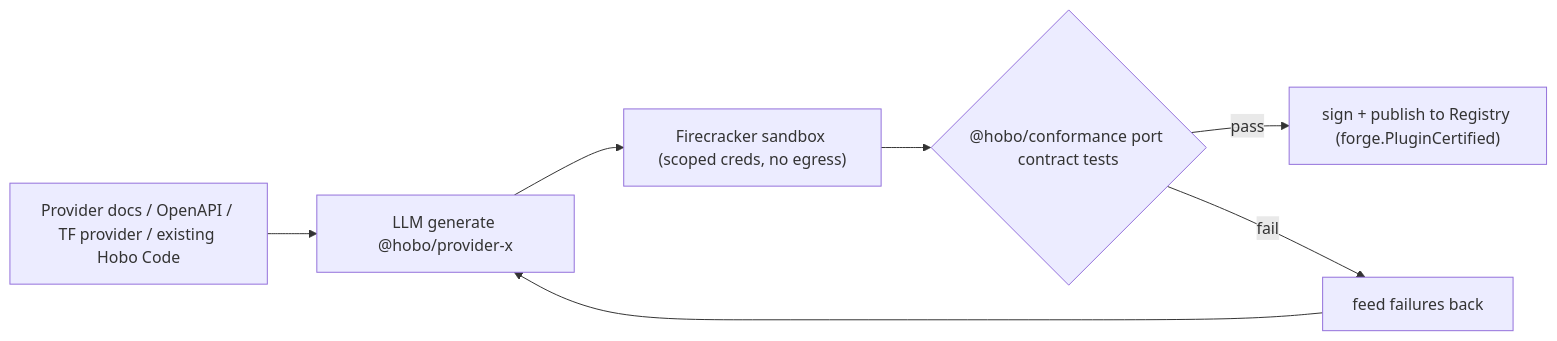
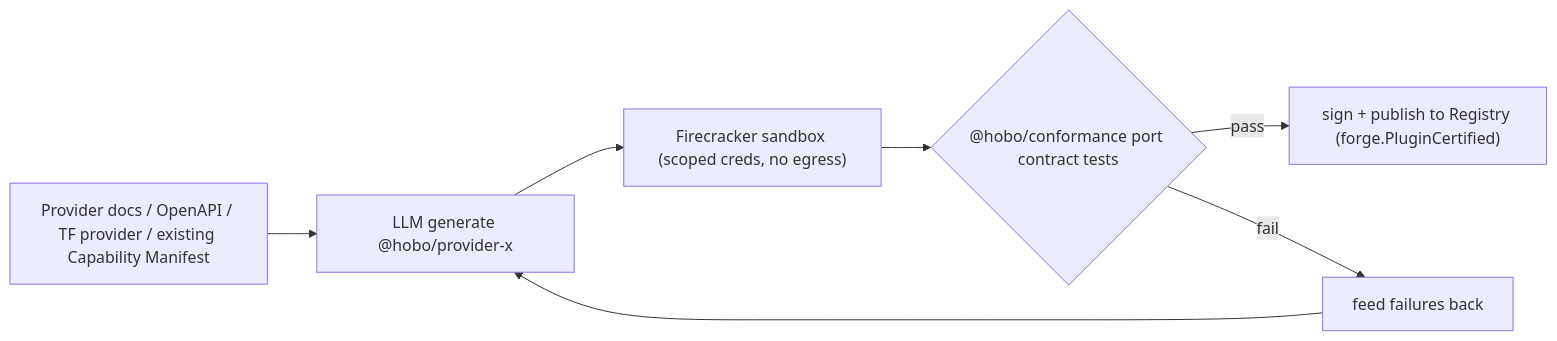
The second of 2 diagrams in docs/design/06-ai-native-agent-auth.md (Tyler-R-Kendrick/HoBo), drawn with Mermaid before and after one commit. The commit also changed other lines of this file and 70 other files, not shown here.

First line of the commit message:
docs(design): purge "worlds", rename Circuit→Junction, reserve "Hobo Code" for a DSL

````diff
--- a/docs/design/06-ai-native-agent-auth.md
+++ b/docs/design/06-ai-native-agent-auth.md
@@ -145,9 +145,9 @@
 ```mermaid
 flowchart LR
-  SRC["Provider docs / OpenAPI / TF provider / existing Hobo Code"] --> GEN["LLM generate @hobo/provider-x"]
+  SRC["Provider docs / OpenAPI / TF provider / existing Capability Manifest"] --> GEN["LLM generate @hobo/provider-x"]
   GEN --> SBX["Firecracker sandbox (scoped creds, no egress)"]
   SBX --> CONF{"@hobo/conformance port contract tests"}
   CONF -->|pass| SIGN["sign + publish to Registry (forge.PluginCertified)"]
   CONF -->|fail| FIX["feed failures back"]
   FIX --> GEN
 ```
````
